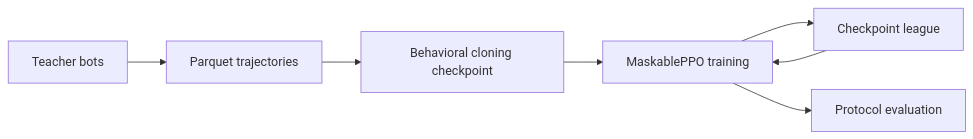
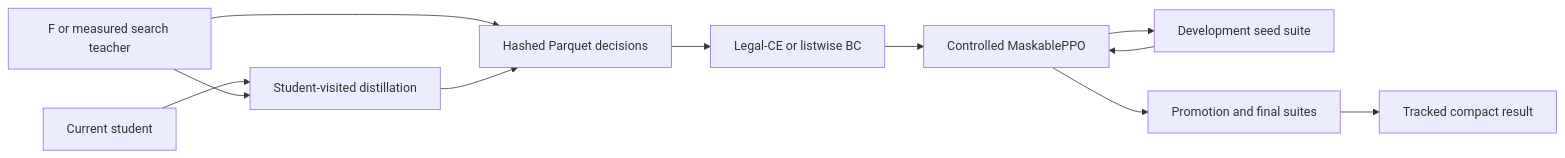
One commit to PeterLP123/catanatron-1v1 changed the diagram in docs/TRAINING.md. Above: the diagram before and after it, drawn with Mermaid. The commit also changed other lines of this file and 22 other files, not shown here.

````diff
--- a/docs/TRAINING.md
+++ b/docs/TRAINING.md
@@ -19,9 +25,13 @@
 ```mermaid
 flowchart LR
-    A["Teacher bots"] --> B["Parquet trajectories"]
-    B --> C["Behavioral cloning checkpoint"]
-    C --> D["MaskablePPO training"]
-    D --> E["Checkpoint league"]
-    E --> D
-    D --> F["Protocol evaluation"]
+    Teacher["F or measured search teacher"] --> Data["Hashed Parquet decisions"]
+    Student["Current student"] --> DAgger["Student-visited distillation"]
+    Teacher --> DAgger
+    DAgger --> Data
+    Data --> BC["Legal-CE or listwise BC"]
+    BC --> PPO["Controlled MaskablePPO"]
+    PPO --> Dev["Development seed suite"]
+    Dev --> PPO
+    PPO --> Locked["Promotion and final suites"]
+    Locked --> Evidence["Tracked compact result"]
 ```
````
